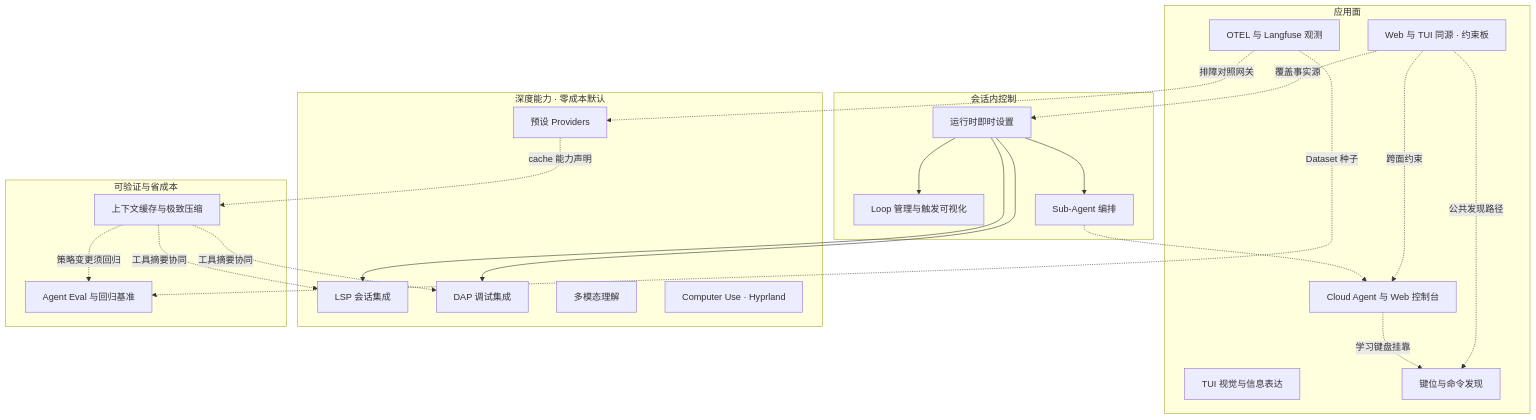
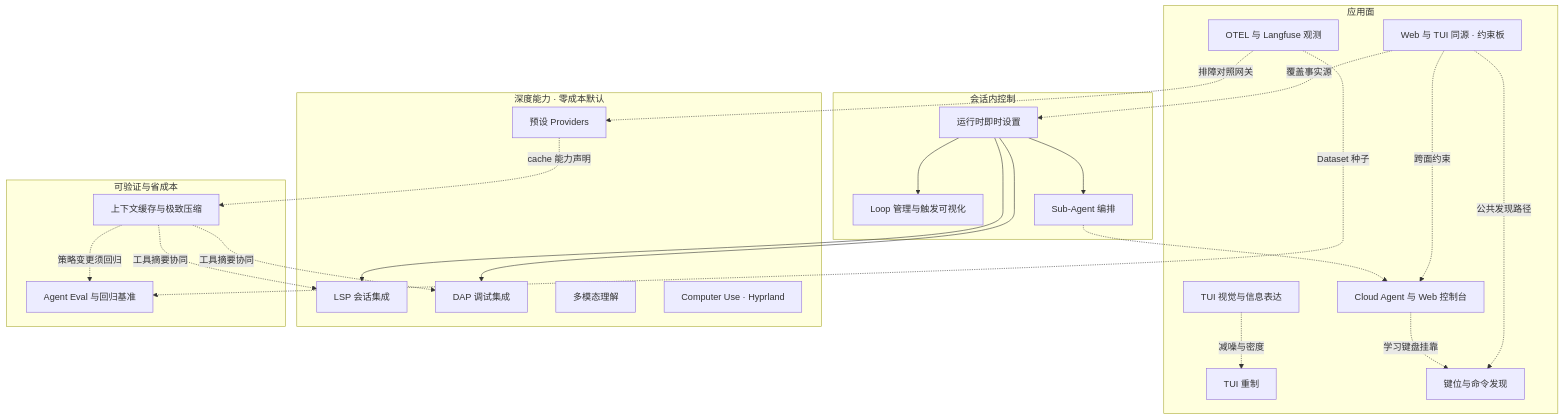
One commit to StrayDragon/xylitol changed the diagram in docs/roadmaps/README.md. Above: the diagram before and after it, drawn with Mermaid. The commit also changed other lines of this file and 9 other files, not shown here.

First line of the commit message:
docs(tui): rail remaster prototype and landscape research

````diff
--- a/docs/roadmaps/README.md
+++ b/docs/roadmaps/README.md
@@ -29,45 +29,47 @@
 ```mermaid
 flowchart TB
   subgraph Surfaces["应用面"]
     Homo["Web 与 TUI 同源 · 约束板"]
     Web["Cloud Agent 与 Web 控制台"]
     Obs["OTEL 与 Langfuse 观测"]
     Visual["TUI 视觉与信息表达"]
+    Remaster["TUI 重制"]
     Keys["键位与命令发现"]
   end
 
   subgraph SessionCtrl["会话内控制"]
     Live["运行时即时设置"]
     Loop["Loop 管理与触发可视化"]
     Sub["Sub-Agent 编排"]
   end
 
   subgraph Depth["深度能力 · 零成本默认"]
     Lsp["LSP 会话集成"]
     Dap["DAP 调试集成"]
     Multi["多模态理解"]
     Cu["Computer Use · Hyprland"]
     Prov["预设 Providers"]
   end
 
   subgraph VerifyOpt["可验证与省成本"]
     Eval["Agent Eval 与回归基准"]
     Cache["上下文缓存与极致压缩"]
   end
 
   Homo -.->|跨面约束| Web
   Homo -.->|覆盖事实源| Live
   Homo -.->|公共发现路径| Keys
+  Visual -.->|减噪与密度| Remaster
   Web -.->|学习键盘挂靠| Keys
   Live --> Lsp
   Live --> Dap
   Live --> Sub
   Live --> Loop
   Obs -.->|排障对照网关| Prov
   Obs -.->|Dataset 种子| Eval
   Sub -.-> Web
   Cache -.->|策略变更须回归| Eval
   Cache -.->|工具摘要协同| Lsp
   Cache -.->|工具摘要协同| Dap
   Prov -.->|cache 能力声明| Cache
 ```
````
